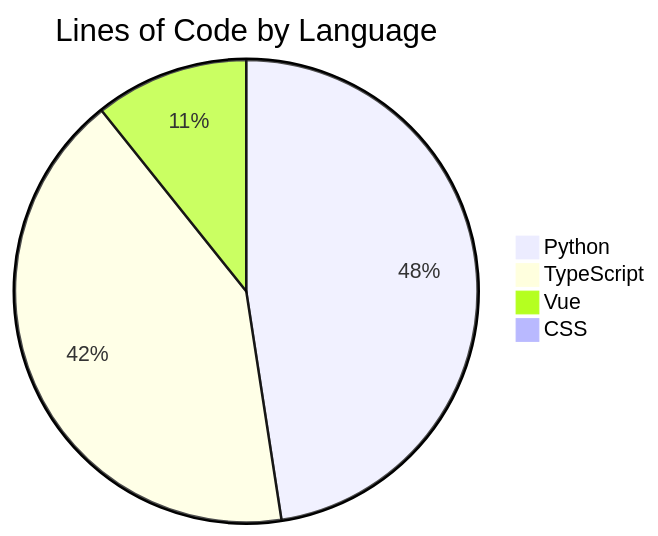
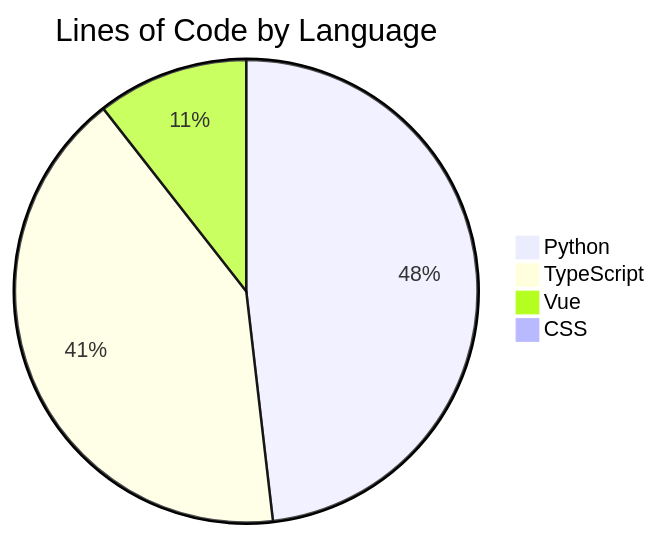
One commit to ISW-stack/AI3L-Community changed the diagram in README.md. Above: the diagram before and after it, drawn with Mermaid. The commit also changed other lines of this file and 1 other file, not shown here.

````diff
--- a/README.md
+++ b/README.md
@@ -364,7 +364,7 @@
 ```mermaid
 pie title Lines of Code by Language
-    "Python" : 95067
-    "TypeScript" : 83337
-    "Vue" : 21462
+    "Python" : 98441
+    "TypeScript" : 84371
+    "Vue" : 21603
     "CSS" : 126
 ```
````
